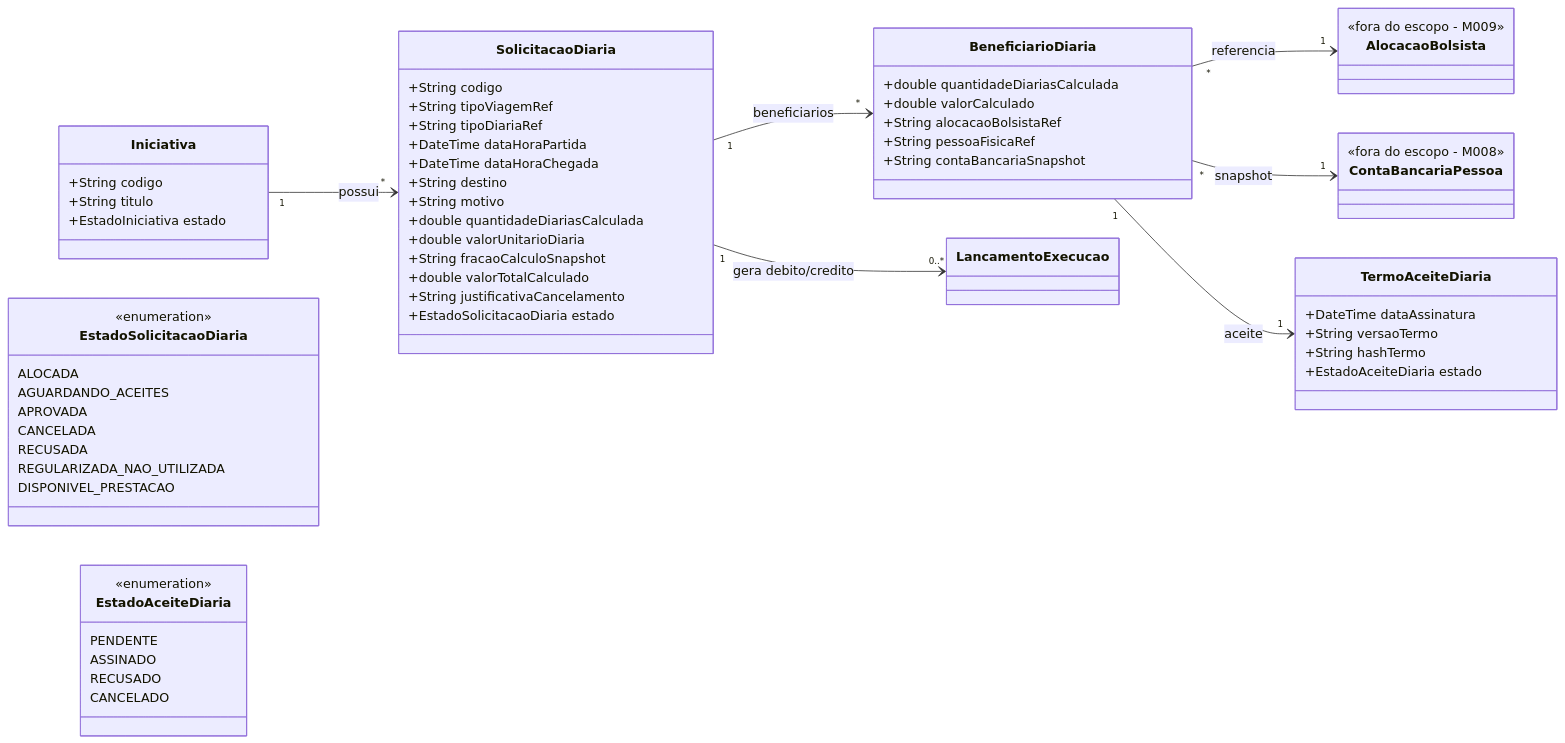
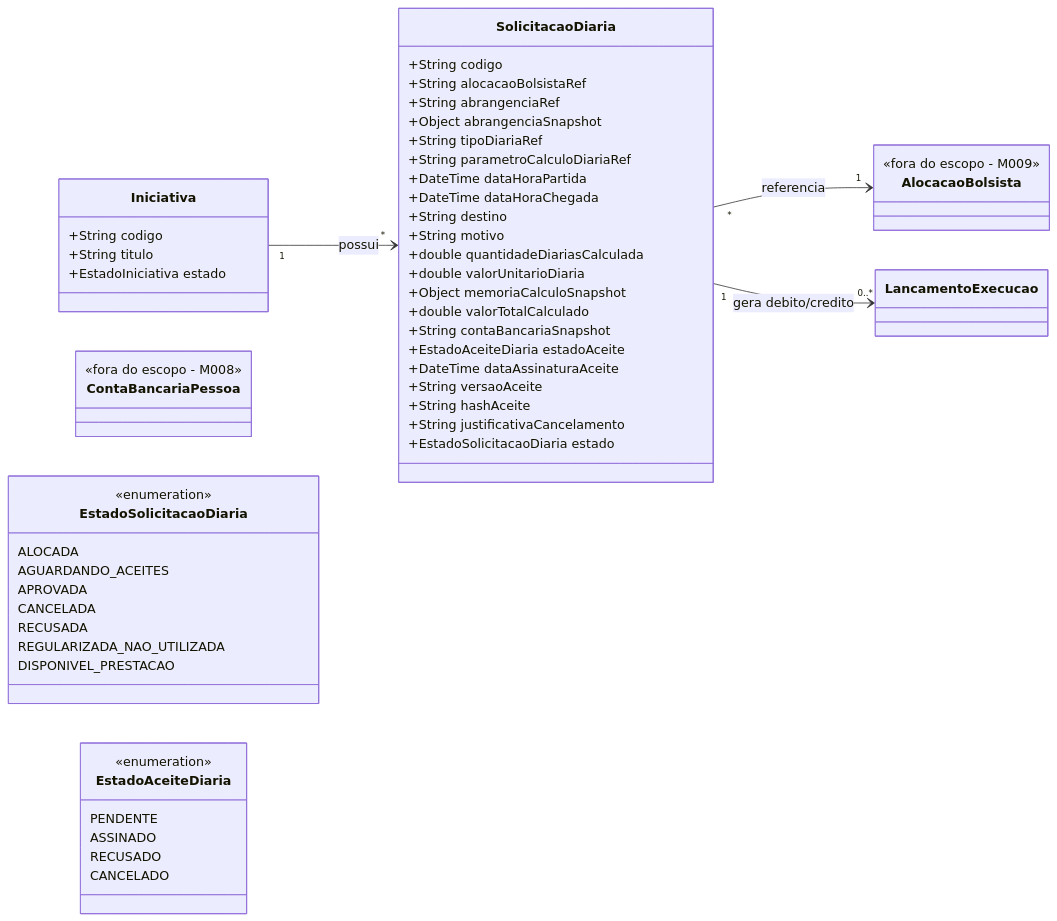
One commit to Czzped/conecta-fapes-teste changed the second of 6 diagrams in docs/implementation/modules/M003-gestao-iniciativas-captadas/modelo-estrutural.md. Above: the diagram before and after it, drawn with Mermaid. The commit also changed other lines of this file and 30 other files, not shown here.

````diff
--- a/docs/implementation/modules/M003-gestao-iniciativas-captadas/modelo-estrutural.md
+++ b/docs/implementation/modules/M003-gestao-iniciativas-captadas/modelo-estrutural.md
@@ -338,75 +330,65 @@
 ```mermaid
 classDiagram
     direction LR
 
     class Iniciativa {
         +String codigo
         +String titulo
         +EstadoIniciativa estado
     }
 
     class SolicitacaoDiaria {
         +String codigo
-        +String tipoViagemRef
+        +String alocacaoBolsistaRef
+        +String abrangenciaRef
+        +Object abrangenciaSnapshot
         +String tipoDiariaRef
+        +String parametroCalculoDiariaRef
         +DateTime dataHoraPartida
         +DateTime dataHoraChegada
         +String destino
         +String motivo
         +double quantidadeDiariasCalculada
         +double valorUnitarioDiaria
-        +String fracaoCalculoSnapshot
+        +Object memoriaCalculoSnapshot
         +double valorTotalCalculado
+        +String contaBancariaSnapshot
+        +EstadoAceiteDiaria estadoAceite
+        +DateTime dataAssinaturaAceite
+        +String versaoAceite
+        +String hashAceite
         +String justificativaCancelamento
         +EstadoSolicitacaoDiaria estado
-    }
-
-    class BeneficiarioDiaria {
-        +double quantidadeDiariasCalculada
-        +double valorCalculado
-        +String alocacaoBolsistaRef
-        +String pessoaFisicaRef
-        +String contaBancariaSnapshot
-    }
-
-    class TermoAceiteDiaria {
-        +DateTime dataAssinatura
-        +String versaoTermo
-        +String hashTermo
-        +EstadoAceiteDiaria estado
     }
 
     class AlocacaoBolsista {
         <<fora do escopo - M009>>
     }
 
     class ContaBancariaPessoa {
         <<fora do escopo - M008>>
     }
 
     class EstadoSolicitacaoDiaria {
         <<enumeration>>
         ALOCADA
         AGUARDANDO_ACEITES
         APROVADA
         CANCELADA
         RECUSADA
         REGULARIZADA_NAO_UTILIZADA
         DISPONIVEL_PRESTACAO
     }
 
     class EstadoAceiteDiaria {
         <<enumeration>>
         PENDENTE
         ASSINADO
         RECUSADO
         CANCELADO
     }
 
     Iniciativa "1" --> "*" SolicitacaoDiaria : possui
-    SolicitacaoDiaria "1" --> "*" BeneficiarioDiaria : beneficiarios
+    SolicitacaoDiaria "*" --> "1" AlocacaoBolsista : referencia
     SolicitacaoDiaria "1" --> "0..*" LancamentoExecucao : gera debito/credito
-    BeneficiarioDiaria "*" --> "1" AlocacaoBolsista : referencia
-    BeneficiarioDiaria "*" --> "1" ContaBancariaPessoa : snapshot
-    BeneficiarioDiaria "1" --> "1" TermoAceiteDiaria : aceite
 ```
````
